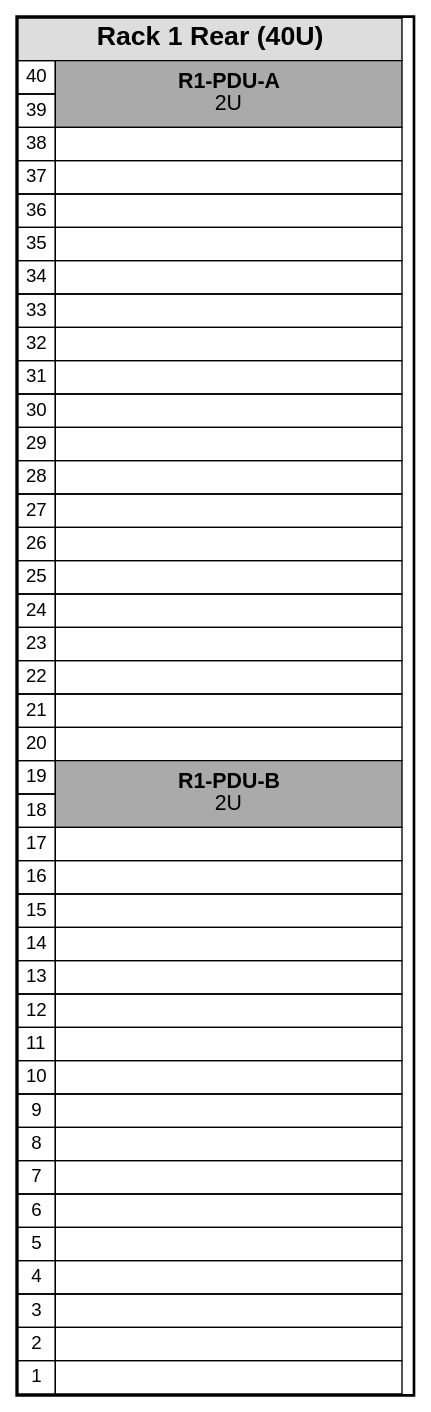
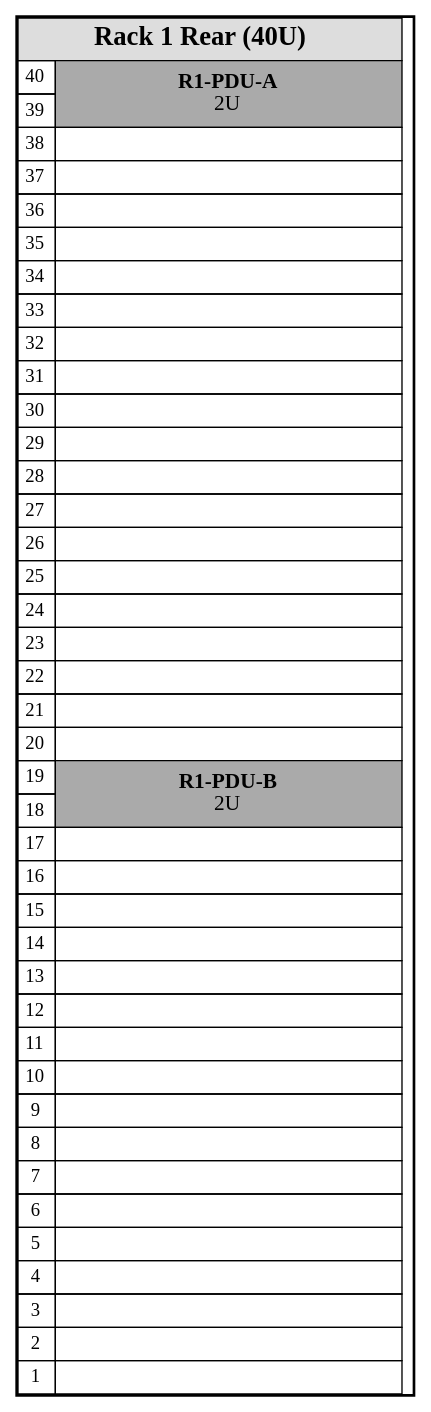
Before and after one commit to BenjiPestell/rack-diagram-demo: the diagram in rack_rack1_rear.dot, drawn with Graphviz. The commit also changed 11 other files, not shown here.

```diff
--- a/rack_rack1_rear.dot
+++ b/rack_rack1_rear.dot
@@ -1,193 +1,193 @@
 digraph "rack1_rear" {
 
   graph [
     rankdir=TB,
     nodesep=0,
     ranksep=0,
     bgcolor="white"
   ];
 
   node [
     shape=plain,
-    fontname="Arial"
+    fontname="Sinkin Sans"
   ];
 
   rack1_rear [
     label=<
 
 <TABLE
   BORDER="2"
   CELLBORDER="1"
   CELLSPACING="0"
   CELLPADDING="4"
   WIDTH="300"
 >
 
 <TR>
-<TD COLSPAN="3" BGCOLOR="#DDDDDD"><FONT POINT-SIZE="20"><B>Rack 1 Rear (40U)</B></FONT></TD>
+<TD COLSPAN="3" BGCOLOR="#DDDDDD"><FONT POINT-SIZE="20" FACE="Sinkin Sans"><B>Rack 1 Rear (40U)</B></FONT></TD>
 </TR>
 <TR>
-<TD WIDTH="28">40</TD>
-<TD COLSPAN="2" ROWSPAN="2" BGCOLOR="#AAAAAA" WIDTH="260"><FONT POINT-SIZE="16"><B>R1-PDU-A</B></FONT><BR/><FONT POINT-SIZE="16">2U</FONT></TD>
+<TD WIDTH="28"><FONT FACE="Sinkin Sans">40</FONT></TD>
+<TD COLSPAN="2" ROWSPAN="2" BGCOLOR="#AAAAAA" WIDTH="260"><FONT POINT-SIZE="16" FACE="Sinkin Sans"><B>R1-PDU-A</B></FONT><BR/><FONT POINT-SIZE="16" FACE="Sinkin Sans">2U</FONT></TD>
 </TR>
 <TR>
-<TD WIDTH="28">39</TD>
+<TD WIDTH="28"><FONT FACE="Sinkin Sans">39</FONT></TD>
 </TR>
 <TR>
-<TD WIDTH="28">38</TD>
+<TD WIDTH="28"><FONT FACE="Sinkin Sans">38</FONT></TD>
 <TD COLSPAN="2"></TD>
 </TR>
 <TR>
-<TD WIDTH="28">37</TD>
+<TD WIDTH="28"><FONT FACE="Sinkin Sans">37</FONT></TD>
 <TD COLSPAN="2"></TD>
 </TR>
 <TR>
-<TD WIDTH="28">36</TD>
+<TD WIDTH="28"><FONT FACE="Sinkin Sans">36</FONT></TD>
 <TD COLSPAN="2"></TD>
 </TR>
 <TR>
-<TD WIDTH="28">35</TD>
+<TD WIDTH="28"><FONT FACE="Sinkin Sans">35</FONT></TD>
 <TD COLSPAN="2"></TD>
 </TR>
 <TR>
-<TD WIDTH="28">34</TD>
+<TD WIDTH="28"><FONT FACE="Sinkin Sans">34</FONT></TD>
 <TD COLSPAN="2"></TD>
 </TR>
 <TR>
-<TD WIDTH="28">33</TD>
+<TD WIDTH="28"><FONT FACE="Sinkin Sans">33</FONT></TD>
 <TD COLSPAN="2"></TD>
 </TR>
 <TR>
-<TD WIDTH="28">32</TD>
+<TD WIDTH="28"><FONT FACE="Sinkin Sans">32</FONT></TD>
 <TD COLSPAN="2"></TD>
 </TR>
 <TR>
-<TD WIDTH="28">31</TD>
+<TD WIDTH="28"><FONT FACE="Sinkin Sans">31</FONT></TD>
 <TD COLSPAN="2"></TD>
 </TR>
 <TR>
-<TD WIDTH="28">30</TD>
+<TD WIDTH="28"><FONT FACE="Sinkin Sans">30</FONT></TD>
 <TD COLSPAN="2"></TD>
 </TR>
 <TR>
-<TD WIDTH="28">29</TD>
+<TD WIDTH="28"><FONT FACE="Sinkin Sans">29</FONT></TD>
 <TD COLSPAN="2"></TD>
 </TR>
 <TR>
-<TD WIDTH="28">28</TD>
+<TD WIDTH="28"><FONT FACE="Sinkin Sans">28</FONT></TD>
 <TD COLSPAN="2"></TD>
 </TR>
 <TR>
-<TD WIDTH="28">27</TD>
+<TD WIDTH="28"><FONT FACE="Sinkin Sans">27</FONT></TD>
 <TD COLSPAN="2"></TD>
 </TR>
 <TR>
-<TD WIDTH="28">26</TD>
+<TD WIDTH="28"><FONT FACE="Sinkin Sans">26</FONT></TD>
 <TD COLSPAN="2"></TD>
 </TR>
 <TR>
-<TD WIDTH="28">25</TD>
+<TD WIDTH="28"><FONT FACE="Sinkin Sans">25</FONT></TD>
 <TD COLSPAN="2"></TD>
 </TR>
 <TR>
-<TD WIDTH="28">24</TD>
+<TD WIDTH="28"><FONT FACE="Sinkin Sans">24</FONT></TD>
 <TD COLSPAN="2"></TD>
 </TR>
 <TR>
-<TD WIDTH="28">23</TD>
+<TD WIDTH="28"><FONT FACE="Sinkin Sans">23</FONT></TD>
 <TD COLSPAN="2"></TD>
 </TR>
 <TR>
-<TD WIDTH="28">22</TD>
+<TD WIDTH="28"><FONT FACE="Sinkin Sans">22</FONT></TD>
 <TD COLSPAN="2"></TD>
 </TR>
 <TR>
-<TD WIDTH="28">21</TD>
+<TD WIDTH="28"><FONT FACE="Sinkin Sans">21</FONT></TD>
 <TD COLSPAN="2"></TD>
 </TR>
 <TR>
-<TD WIDTH="28">20</TD>
+<TD WIDTH="28"><FONT FACE="Sinkin Sans">20</FONT></TD>
 <TD COLSPAN="2"></TD>
 </TR>
 <TR>
-<TD WIDTH="28">19</TD>
-<TD COLSPAN="2" ROWSPAN="2" BGCOLOR="#AAAAAA" WIDTH="260"><FONT POINT-SIZE="16"><B>R1-PDU-B</B></FONT><BR/><FONT POINT-SIZE="16">2U</FONT></TD>
+<TD WIDTH="28"><FONT FACE="Sinkin Sans">19</FONT></TD>
+<TD COLSPAN="2" ROWSPAN="2" BGCOLOR="#AAAAAA" WIDTH="260"><FONT POINT-SIZE="16" FACE="Sinkin Sans"><B>R1-PDU-B</B></FONT><BR/><FONT POINT-SIZE="16" FACE="Sinkin Sans">2U</FONT></TD>
 </TR>
 <TR>
-<TD WIDTH="28">18</TD>
+<TD WIDTH="28"><FONT FACE="Sinkin Sans">18</FONT></TD>
 </TR>
 <TR>
-<TD WIDTH="28">17</TD>
+<TD WIDTH="28"><FONT FACE="Sinkin Sans">17</FONT></TD>
 <TD COLSPAN="2"></TD>
 </TR>
 <TR>
-<TD WIDTH="28">16</TD>
+<TD WIDTH="28"><FONT FACE="Sinkin Sans">16</FONT></TD>
 <TD COLSPAN="2"></TD>
 </TR>
 <TR>
-<TD WIDTH="28">15</TD>
+<TD WIDTH="28"><FONT FACE="Sinkin Sans">15</FONT></TD>
 <TD COLSPAN="2"></TD>
 </TR>
 <TR>
-<TD WIDTH="28">14</TD>
+<TD WIDTH="28"><FONT FACE="Sinkin Sans">14</FONT></TD>
 <TD COLSPAN="2"></TD>
 </TR>
 <TR>
-<TD WIDTH="28">13</TD>
+<TD WIDTH="28"><FONT FACE="Sinkin Sans">13</FONT></TD>
 <TD COLSPAN="2"></TD>
 </TR>
 <TR>
-<TD WIDTH="28">12</TD>
+<TD WIDTH="28"><FONT FACE="Sinkin Sans">12</FONT></TD>
 <TD COLSPAN="2"></TD>
 </TR>
 <TR>
-<TD WIDTH="28">11</TD>
+<TD WIDTH="28"><FONT FACE="Sinkin Sans">11</FONT></TD>
 <TD COLSPAN="2"></TD>
 </TR>
 <TR>
-<TD WIDTH="28">10</TD>
+<TD WIDTH="28"><FONT FACE="Sinkin Sans">10</FONT></TD>
 <TD COLSPAN="2"></TD>
 </TR>
 <TR>
-<TD WIDTH="28">9</TD>
+<TD WIDTH="28"><FONT FACE="Sinkin Sans">9</FONT></TD>
 <TD COLSPAN="2"></TD>
 </TR>
 <TR>
-<TD WIDTH="28">8</TD>
+<TD WIDTH="28"><FONT FACE="Sinkin Sans">8</FONT></TD>
 <TD COLSPAN="2"></TD>
 </TR>
 <TR>
-<TD WIDTH="28">7</TD>
+<TD WIDTH="28"><FONT FACE="Sinkin Sans">7</FONT></TD>
 <TD COLSPAN="2"></TD>
 </TR>
 <TR>
-<TD WIDTH="28">6</TD>
+<TD WIDTH="28"><FONT FACE="Sinkin Sans">6</FONT></TD>
 <TD COLSPAN="2"></TD>
 </TR>
 <TR>
-<TD WIDTH="28">5</TD>
+<TD WIDTH="28"><FONT FACE="Sinkin Sans">5</FONT></TD>
 <TD COLSPAN="2"></TD>
 </TR>
 <TR>
-<TD WIDTH="28">4</TD>
+<TD WIDTH="28"><FONT FACE="Sinkin Sans">4</FONT></TD>
 <TD COLSPAN="2"></TD>
 </TR>
 <TR>
-<TD WIDTH="28">3</TD>
+<TD WIDTH="28"><FONT FACE="Sinkin Sans">3</FONT></TD>
 <TD COLSPAN="2"></TD>
 </TR>
 <TR>
-<TD WIDTH="28">2</TD>
+<TD WIDTH="28"><FONT FACE="Sinkin Sans">2</FONT></TD>
 <TD COLSPAN="2"></TD>
 </TR>
 <TR>
-<TD WIDTH="28">1</TD>
+<TD WIDTH="28"><FONT FACE="Sinkin Sans">1</FONT></TD>
 <TD COLSPAN="2"></TD>
 </TR>
 
 </TABLE>
 
 >
   ];
 
 }
```
